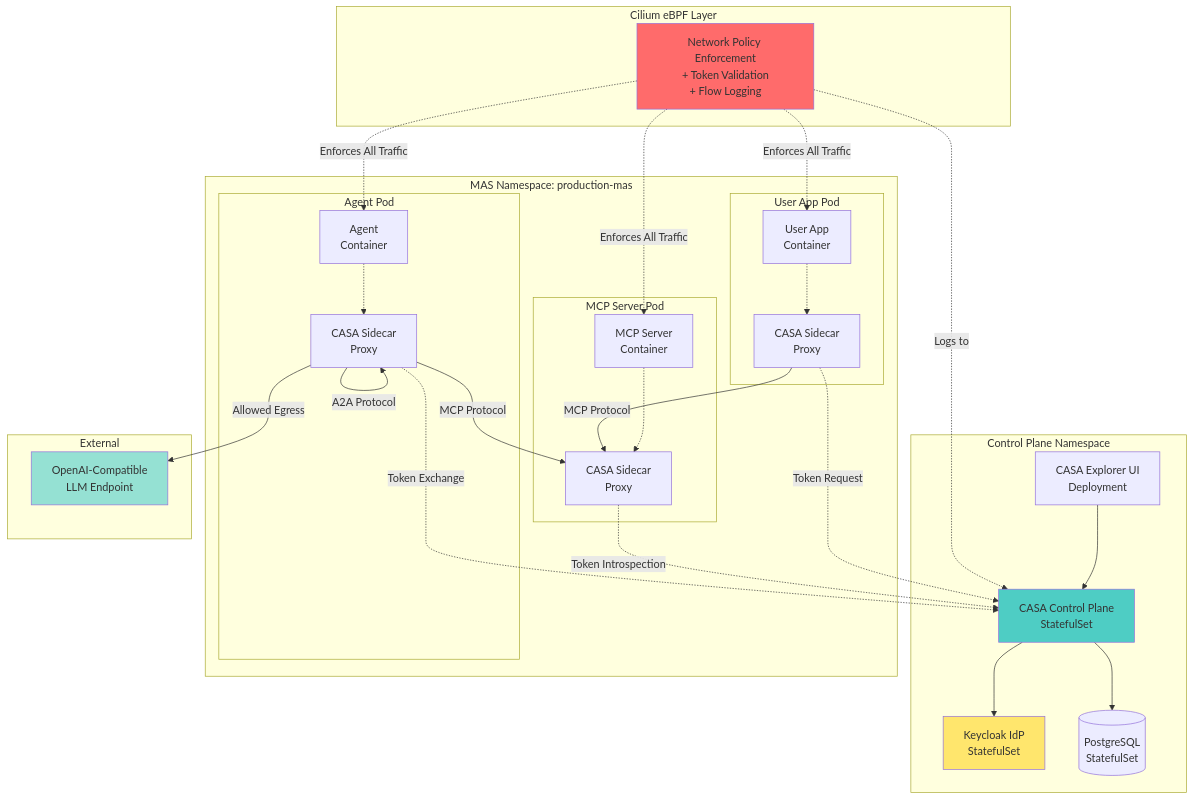
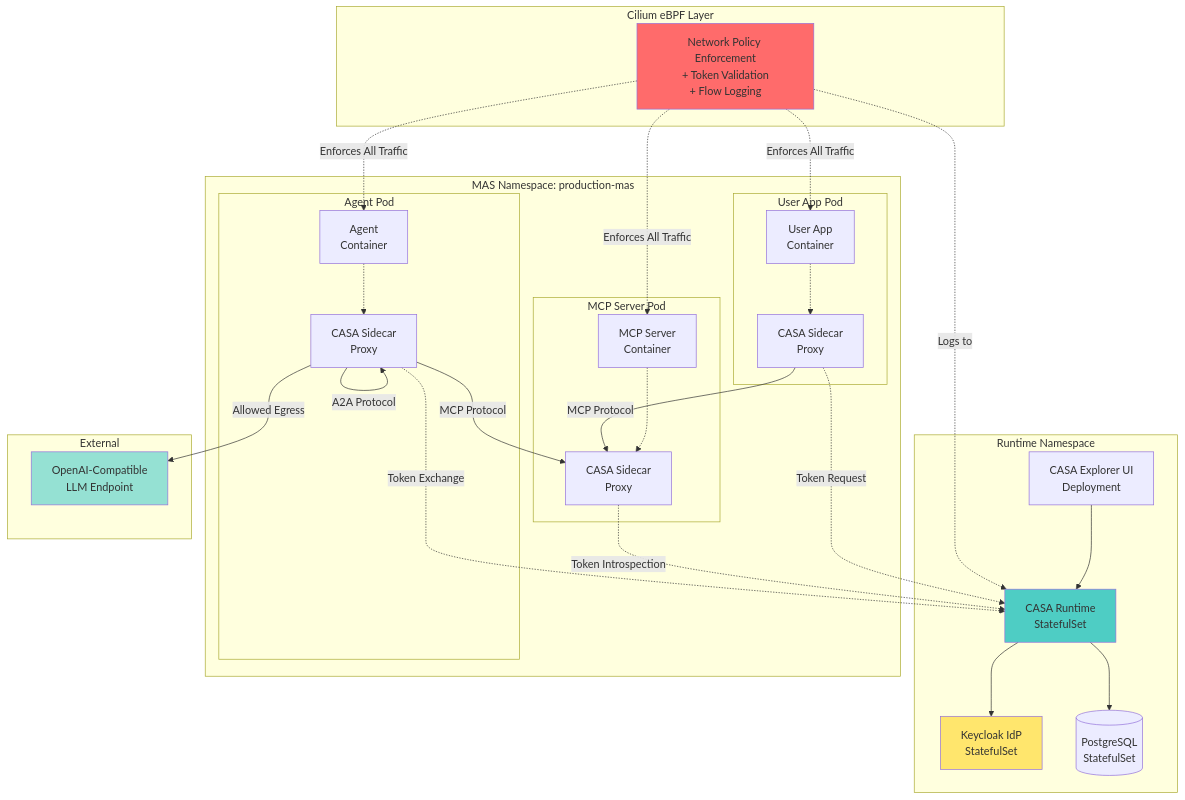
One commit to outshift-open/CASA changed the first of 16 diagrams in docs/dev/specs/SPECS.md. Above: the diagram before and after it, drawn with Mermaid. The commit also changed other lines of this file and 95 other files, not shown here.

Commit message:
feat: Rename to CASA runtime

````diff
--- a/docs/dev/specs/SPECS.md
+++ b/docs/dev/specs/SPECS.md
@@ -85,61 +85,61 @@
 ```mermaid
 graph TB
-    subgraph "Control Plane Namespace"
-        CASA[CASA Control Plane<br/>StatefulSet]
+    subgraph "Runtime Namespace"
+        CASA[CASA Runtime<br/>StatefulSet]
         KC[Keycloak IdP<br/>StatefulSet]
         PG[(PostgreSQL<br/>StatefulSet)]
         UI[CASA Explorer UI<br/>Deployment]
 
         CASA --> KC
         CASA --> PG
         UI --> CASA
     end
 
     subgraph "MAS Namespace: production-mas"
         subgraph "User App Pod"
             UA[User App<br/>Container]
             UAS[CASA Sidecar<br/>Proxy]
             UA -.-> UAS
         end
 
         subgraph "Agent Pod"
             AG[Agent<br/>Container]
             AGS[CASA Sidecar<br/>Proxy]
             AG -.-> AGS
         end
 
         subgraph "MCP Server Pod"
             MCP[MCP Server<br/>Container]
             MCPS[CASA Sidecar<br/>Proxy]
             MCP -.-> MCPS
         end
 
         UAS -->|MCP Protocol| MCPS
         AGS -->|A2A Protocol| AGS
         AGS -->|MCP Protocol| MCPS
     end
 
     subgraph "External"
         LLM[OpenAI-Compatible<br/>LLM Endpoint]
     end
 
     subgraph "Cilium eBPF Layer"
         EBPF[Network Policy Enforcement<br/>+ Token Validation<br/>+ Flow Logging]
     end
 
     UAS -.->|Token Request| CASA
     AGS -.->|Token Exchange| CASA
     MCPS -.->|Token Introspection| CASA
 
     AGS -->|Allowed Egress| LLM
 
     EBPF -.->|Enforces All Traffic| UA
     EBPF -.->|Enforces All Traffic| AG
     EBPF -.->|Enforces All Traffic| MCP
     EBPF -.->|Logs to| CASA
 
     style EBPF fill:#ff6b6b
     style CASA fill:#4ecdc4
     style KC fill:#ffe66d
     style LLM fill:#95e1d3
 ```
````
